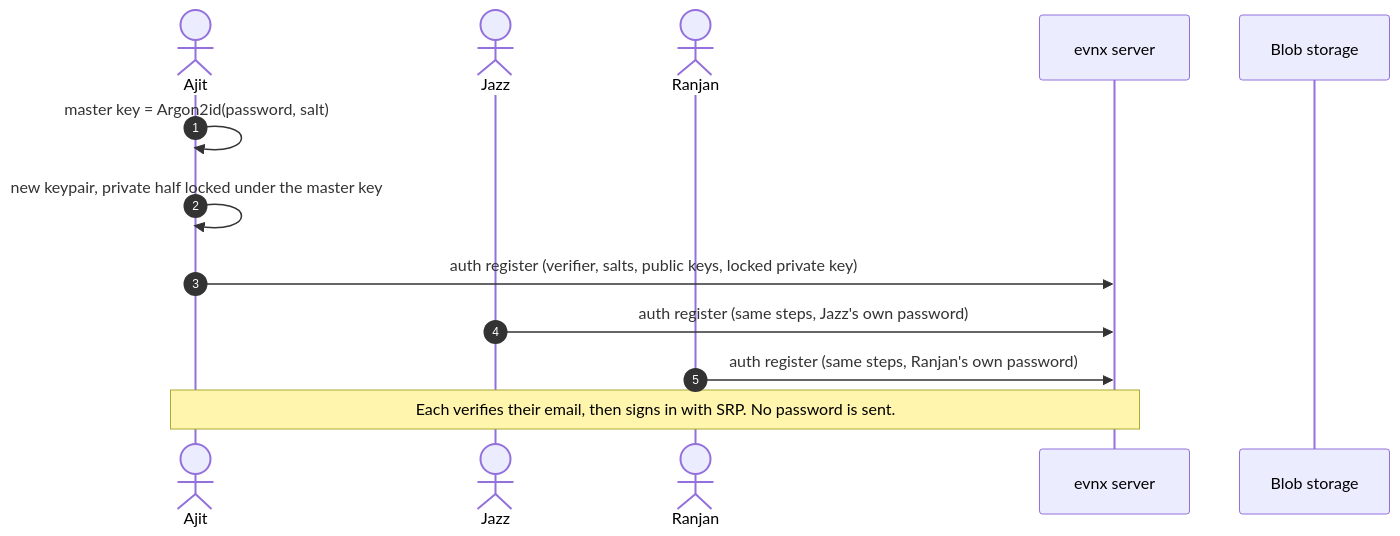
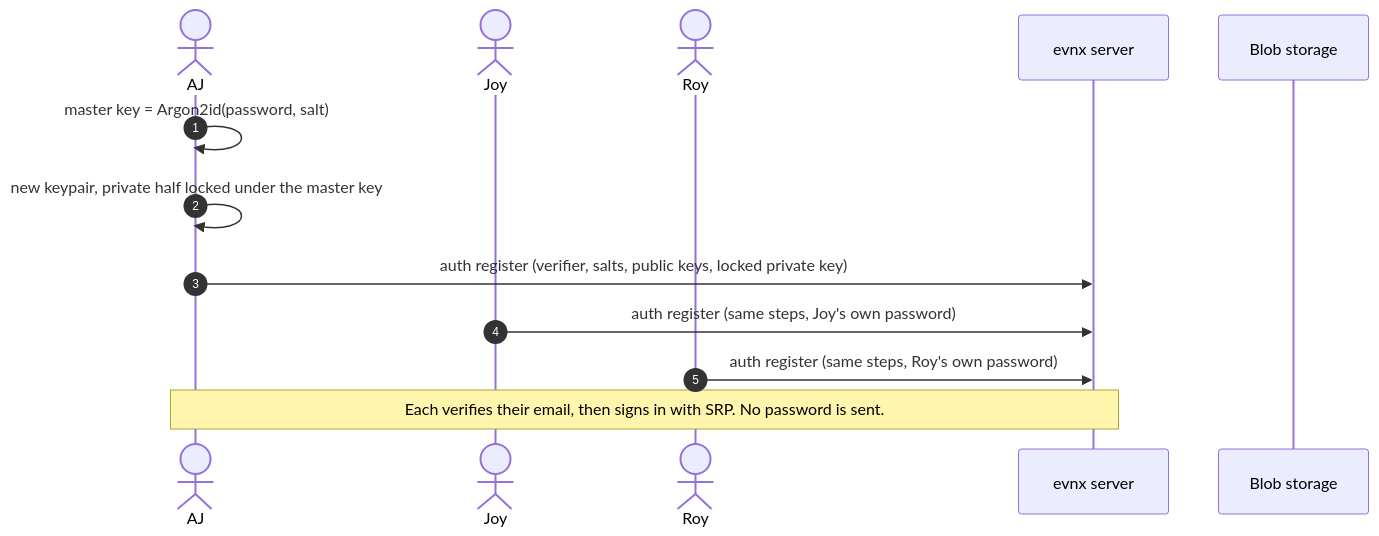
Before and after one commit to urwithajit9/evnx-web: the second of 10 diagrams in packages/docs-content/guides/reference/how-vault-sharing-works.mdx, drawn with Mermaid. The commit also changed other lines of this file and 1 other file, not shown here.

First line of the commit message:
docs: vault-sharing guide — AJ, Joy and Roy, with job roles

````diff
--- a/packages/docs-content/guides/reference/how-vault-sharing-works.mdx
+++ b/packages/docs-content/guides/reference/how-vault-sharing-works.mdx
@@ -135,15 +135,15 @@
 ```mermaid
 sequenceDiagram
     autonumber
-    actor A as Ajit
-    actor J as Jazz
-    actor R as Ranjan
+    actor A as AJ
+    actor J as Joy
+    actor R as Roy
     participant S as evnx server
     participant B as Blob storage
     A->>A: master key = Argon2id(password, salt)
     A->>A: new keypair, private half locked under the master key
     A->>S: auth register (verifier, salts, public keys, locked private key)
-    J->>S: auth register (same steps, Jazz's own password)
-    R->>S: auth register (same steps, Ranjan's own password)
+    J->>S: auth register (same steps, Joy's own password)
+    R->>S: auth register (same steps, Roy's own password)
     Note over A,S: Each verifies their email, then signs in with SRP. No password is sent.
 ```
````
